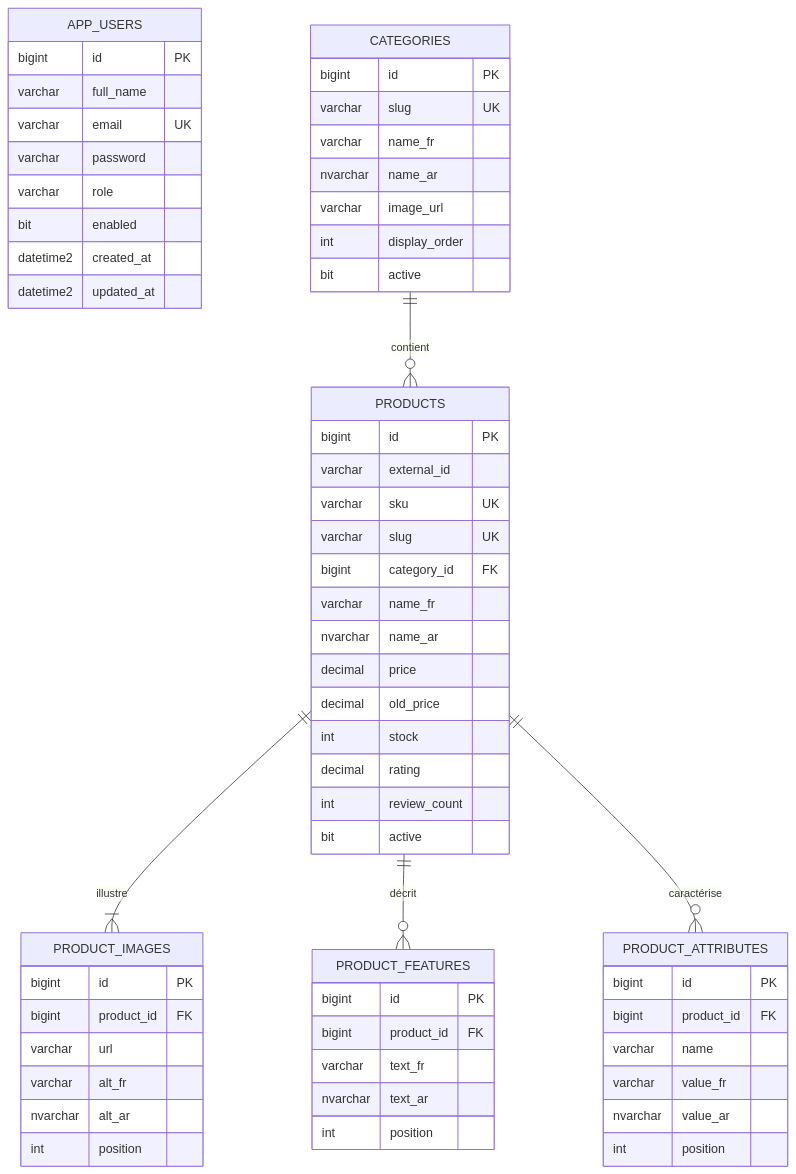
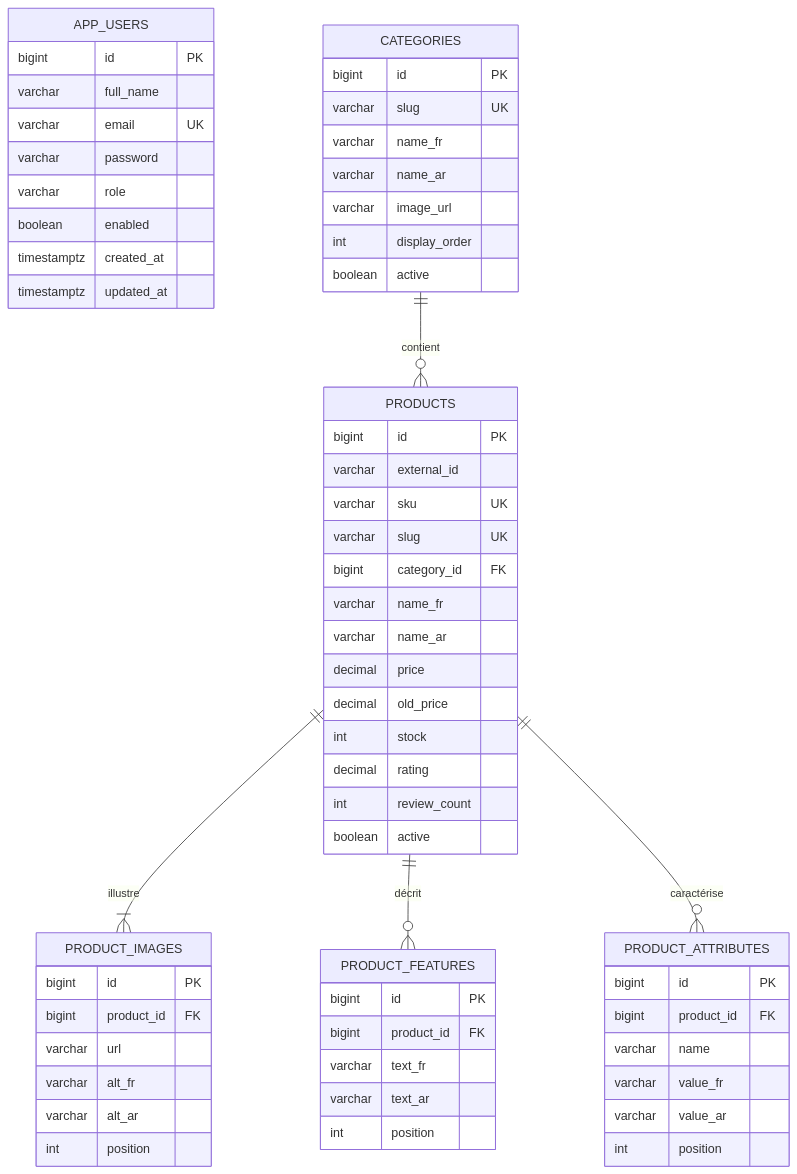
One commit to YounessGuadir/holakids changed the diagram in docs/database-schema.md. Above: the diagram before and after it, drawn with Mermaid. The commit also changed other lines of this file and 22 other files, not shown here.

````diff
--- a/docs/database-schema.md
+++ b/docs/database-schema.md
@@ -3,70 +3,70 @@
 ```mermaid
 erDiagram
   APP_USERS {
     bigint id PK
     varchar full_name
     varchar email UK
     varchar password
     varchar role
-    bit enabled
-    datetime2 created_at
-    datetime2 updated_at
+    boolean enabled
+    timestamptz created_at
+    timestamptz updated_at
   }
 
   CATEGORIES {
     bigint id PK
     varchar slug UK
     varchar name_fr
-    nvarchar name_ar
+    varchar name_ar
     varchar image_url
     int display_order
-    bit active
+    boolean active
   }
 
   PRODUCTS {
     bigint id PK
     varchar external_id
     varchar sku UK
     varchar slug UK
     bigint category_id FK
     varchar name_fr
-    nvarchar name_ar
+    varchar name_ar
     decimal price
     decimal old_price
     int stock
     decimal rating
     int review_count
-    bit active
+    boolean active
   }
 
   PRODUCT_IMAGES {
     bigint id PK
     bigint product_id FK
     varchar url
     varchar alt_fr
-    nvarchar alt_ar
+    varchar alt_ar
     int position
   }
 
   PRODUCT_FEATURES {
     bigint id PK
     bigint product_id FK
     varchar text_fr
-    nvarchar text_ar
+    varchar text_ar
     int position
   }
 
   PRODUCT_ATTRIBUTES {
     bigint id PK
     bigint product_id FK
     varchar name
     varchar value_fr
-    nvarchar value_ar
+    varchar value_ar
     int position
   }
 
   CATEGORIES ||--o{ PRODUCTS : contient
   PRODUCTS ||--|{ PRODUCT_IMAGES : illustre
   PRODUCTS ||--o{ PRODUCT_FEATURES : décrit
   PRODUCTS ||--o{ PRODUCT_ATTRIBUTES : caractérise
 ```
````
